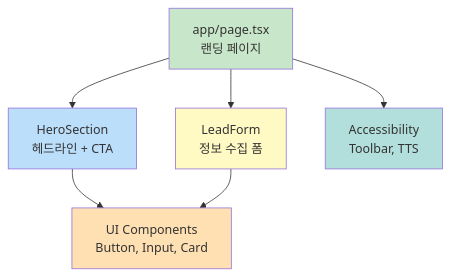
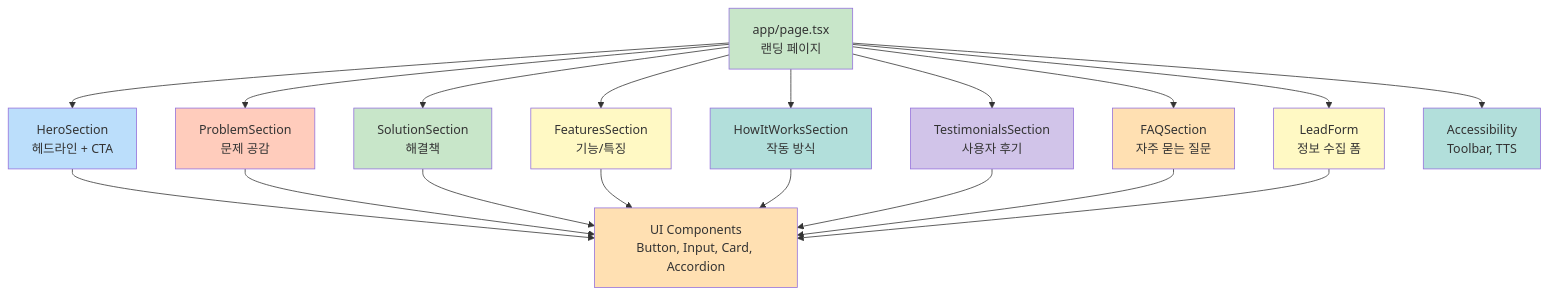
One commit to Kris-Young-Kim/ai-admp changed the sixth of 6 diagrams in docs/Mermaid.md. Above: the diagram before and after it, drawn with Mermaid. The commit also changed other lines of this file and 15 other files, not shown here.

````diff
--- a/docs/Mermaid.md
+++ b/docs/Mermaid.md
@@ -126,23 +138,47 @@
 ```mermaid
 graph TB
     Page["app/page.tsx<br/>랜딩 페이지"]
     
     Hero["HeroSection<br/>헤드라인 + CTA"]
+    Problem["ProblemSection<br/>문제 공감"]
+    Solution["SolutionSection<br/>해결책"]
+    Features["FeaturesSection<br/>기능/특징"]
+    HowItWorks["HowItWorksSection<br/>작동 방식"]
+    Testimonials["TestimonialsSection<br/>사용자 후기"]
+    FAQ["FAQSection<br/>자주 묻는 질문"]
     Form["LeadForm<br/>정보 수집 폼"]
     
-    UI["UI Components<br/>Button, Input, Card"]
+    UI["UI Components<br/>Button, Input, Card, Accordion"]
     Access["Accessibility<br/>Toolbar, TTS"]
     
     Page --> Hero
+    Page --> Problem
+    Page --> Solution
+    Page --> Features
+    Page --> HowItWorks
+    Page --> Testimonials
+    Page --> FAQ
     Page --> Form
     
     Hero --> UI
+    Problem --> UI
+    Solution --> UI
+    Features --> UI
+    HowItWorks --> UI
+    Testimonials --> UI
+    FAQ --> UI
     Form --> UI
     Page --> Access
     
     style Page fill:#c8e6c9
     style Hero fill:#bbdefb
+    style Problem fill:#ffccbc
+    style Solution fill:#c8e6c9
+    style Features fill:#fff9c4
+    style HowItWorks fill:#b2dfdb
+    style Testimonials fill:#d1c4e9
+    style FAQ fill:#ffe0b2
     style Form fill:#fff9c4
     style UI fill:#ffe0b2
     style Access fill:#b2dfdb
 ```
````
